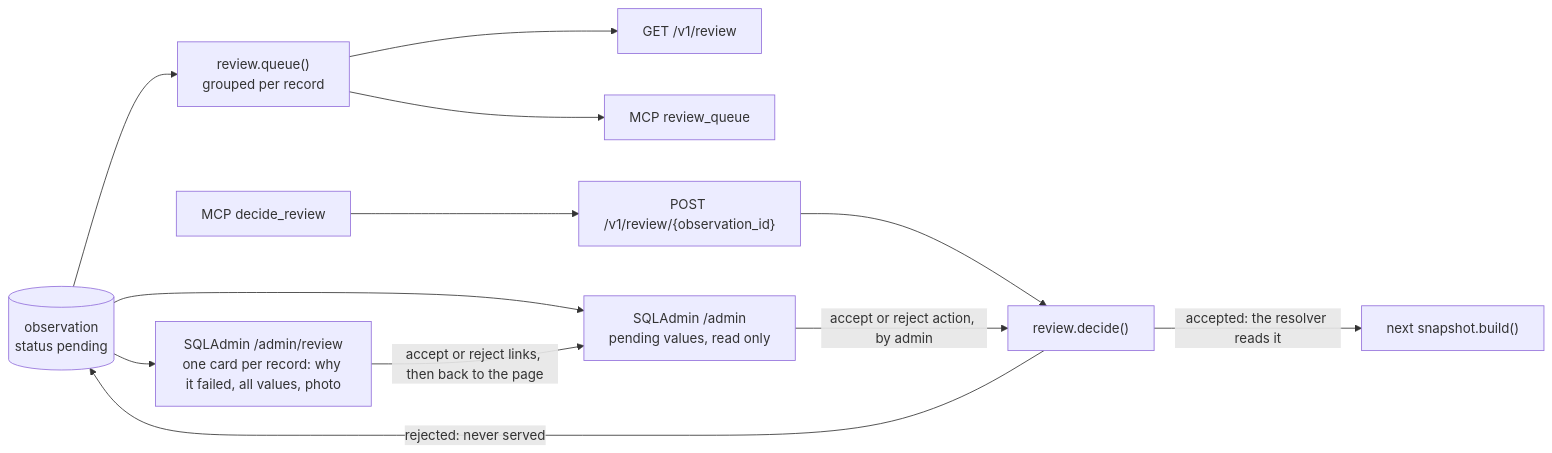
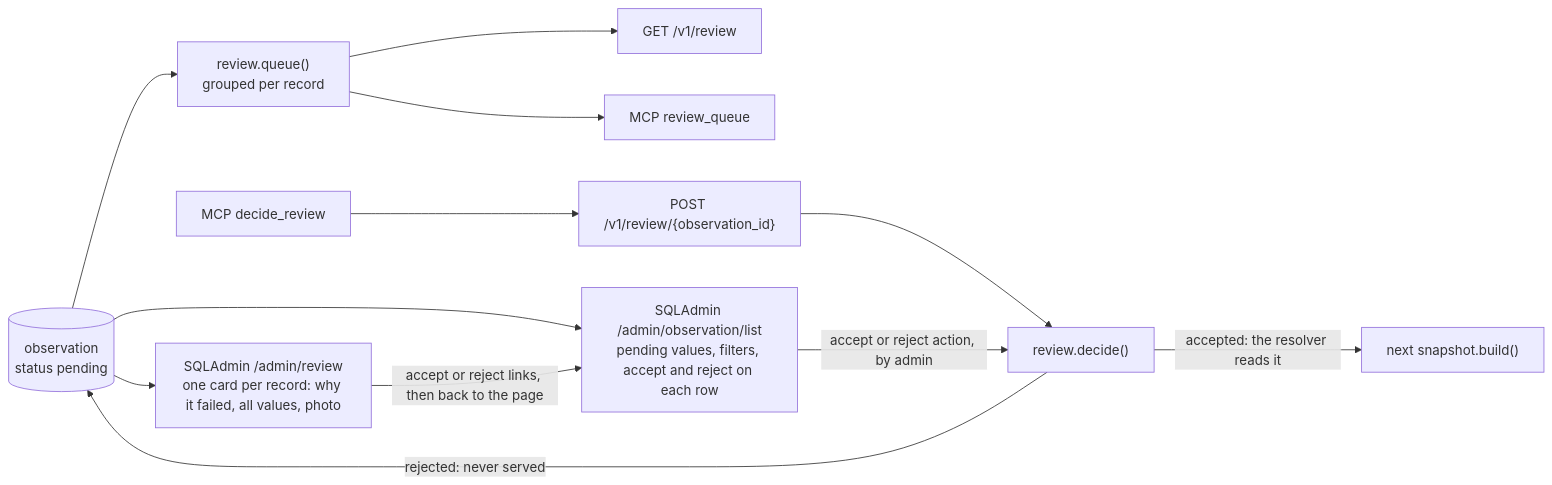
Before and after one commit to eait-fit/fooddb: the fourth of 19 diagrams in docs/architecture.md, drawn with Mermaid. The commit also changed other lines of this file and 18 other files, not shown here.

First line of the commit message:
feat(admin): dashboard landing page, grouped menu, filters and row actions on every list (#66)

````diff
--- a/docs/architecture.md
+++ b/docs/architecture.md
@@ -401,14 +401,14 @@
 ```mermaid
 flowchart LR
     obs[("observation<br/>status pending")] --> q["review.queue()<br/>grouped per record"]
     q --> rest["GET /v1/review"]
     q --> mq["MCP review_queue"]
-    obs --> adm["SQLAdmin /admin<br/>pending values, read only"]
+    obs --> adm["SQLAdmin /admin/observation/list<br/>pending values, filters, accept and reject on each row"]
     obs --> lab["SQLAdmin /admin/review<br/>one card per record: why it failed, all values, photo"]
     lab -->|"accept or reject links, then back to the page"| adm
     md["MCP decide_review"] --> post["POST /v1/review/{observation_id}"]
     post --> d["review.decide()"]
     adm -->|"accept or reject action, by admin"| d
     d -->|"accepted: the resolver reads it"| build["next snapshot.build()"]
     d -->|"rejected: never served"| obs
 ```
````
